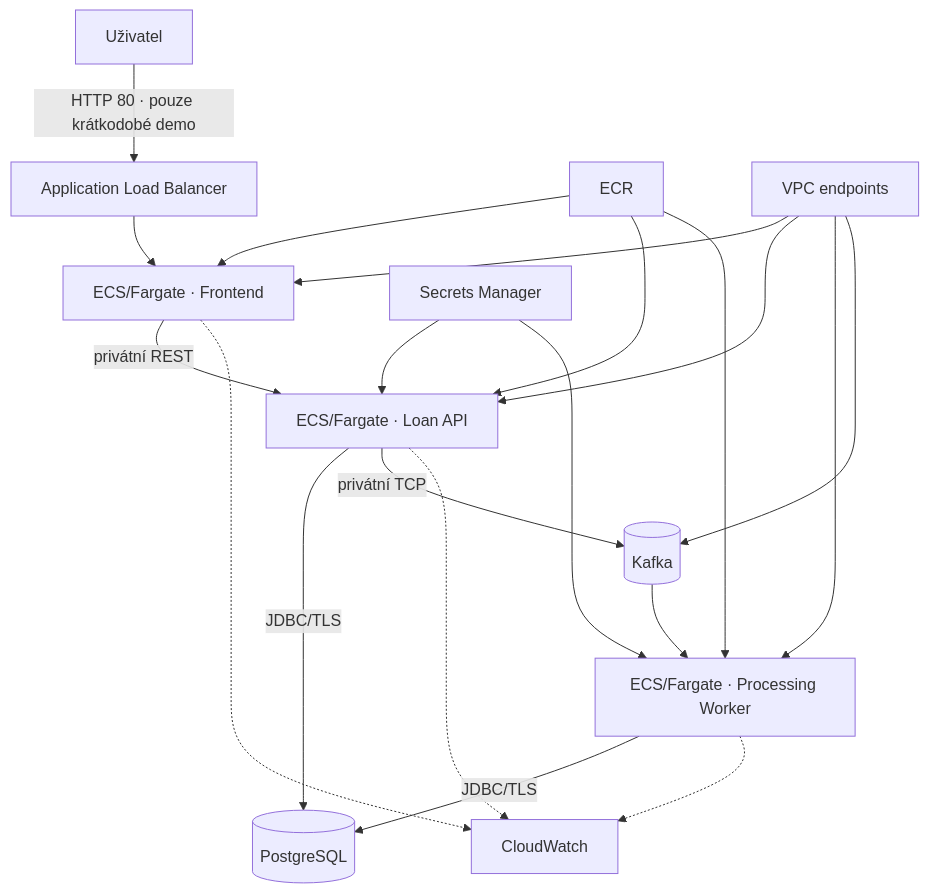
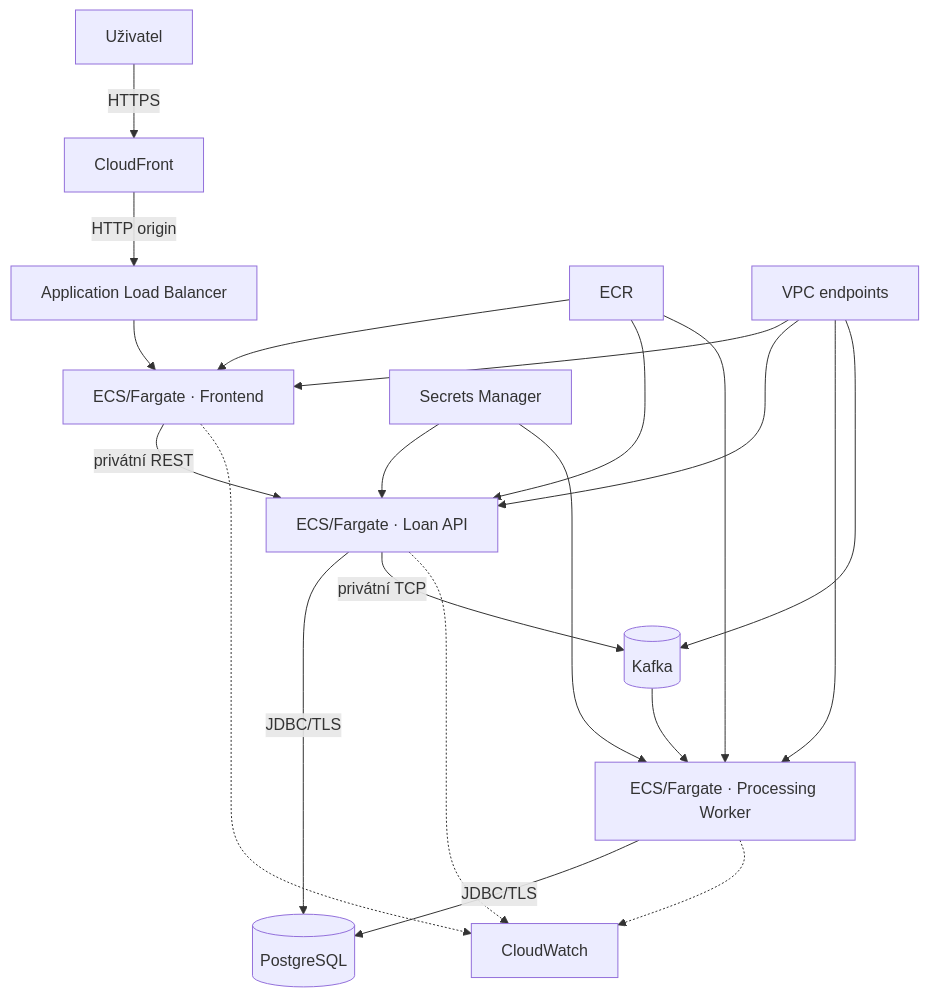
One commit to matyzatka/devbank-loan-platform changed the diagram in docs/aws-architecture.md. Above: the diagram before and after it, drawn with Mermaid. The commit also changed other lines of this file and 6 other files, not shown here.

Commit message:
Add CloudFront HTTPS edge

````diff
--- a/docs/aws-architecture.md
+++ b/docs/aws-architecture.md
@@ -18,22 +19,23 @@
 ```mermaid
 flowchart TB
-    U["Uživatel"] -->|"HTTP 80 · pouze krátkodobé demo"| ALB["Application Load Balancer"]
+    U["Uživatel"] -->|"HTTPS"| CF["CloudFront"]
+    CF -->|"HTTP origin"| ALB["Application Load Balancer"]
     ALB --> FE["ECS/Fargate · Frontend"]
     FE -->|"privátní REST"| API["ECS/Fargate · Loan API"]
     API -->|"JDBC/TLS"| PG[("PostgreSQL")]
     API -->|"privátní TCP"| K[("Kafka")]
     K --> W["ECS/Fargate · Processing Worker"]
     W -->|"JDBC/TLS"| PG
     FE -.-> CW["CloudWatch"]
     API -.-> CW
     W -.-> CW
     ECR["ECR"] --> FE
     ECR --> API
     ECR --> W
     VPCE["VPC endpoints"] --> FE
     VPCE --> API
     VPCE --> W
     VPCE --> K
     SM["Secrets Manager"] --> API
     SM --> W
 ```
````
